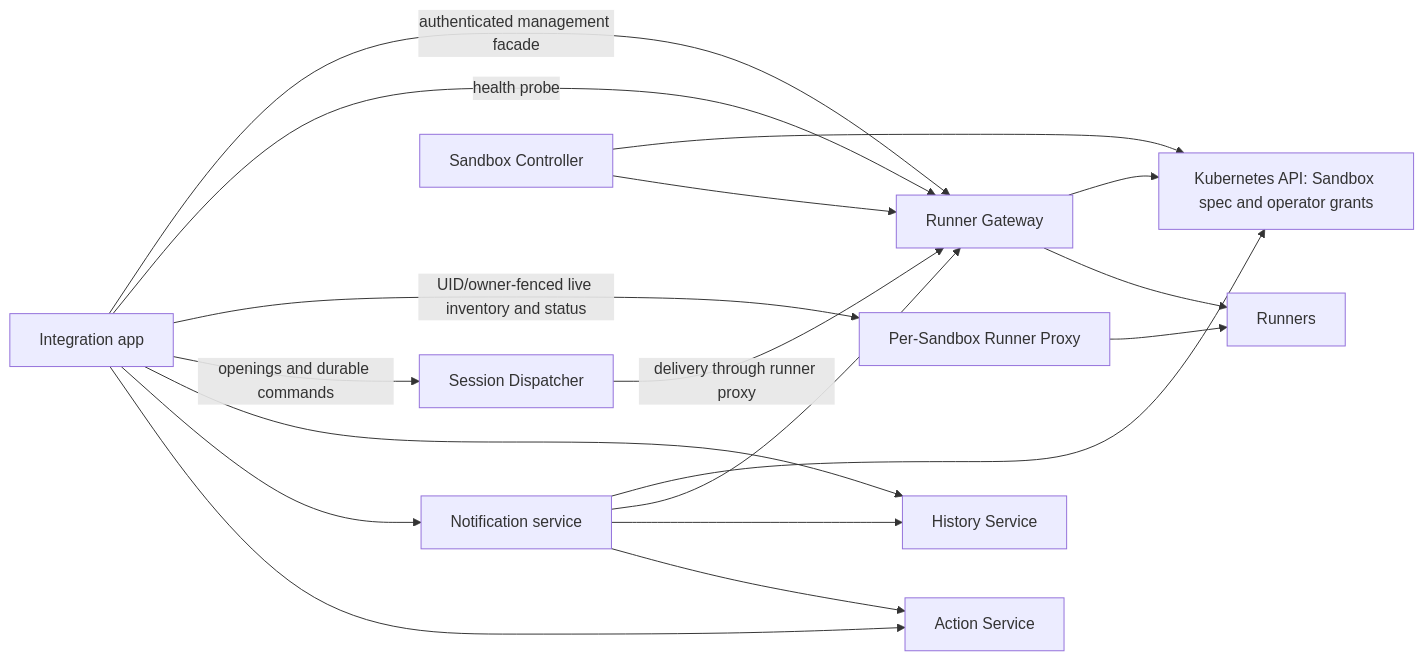
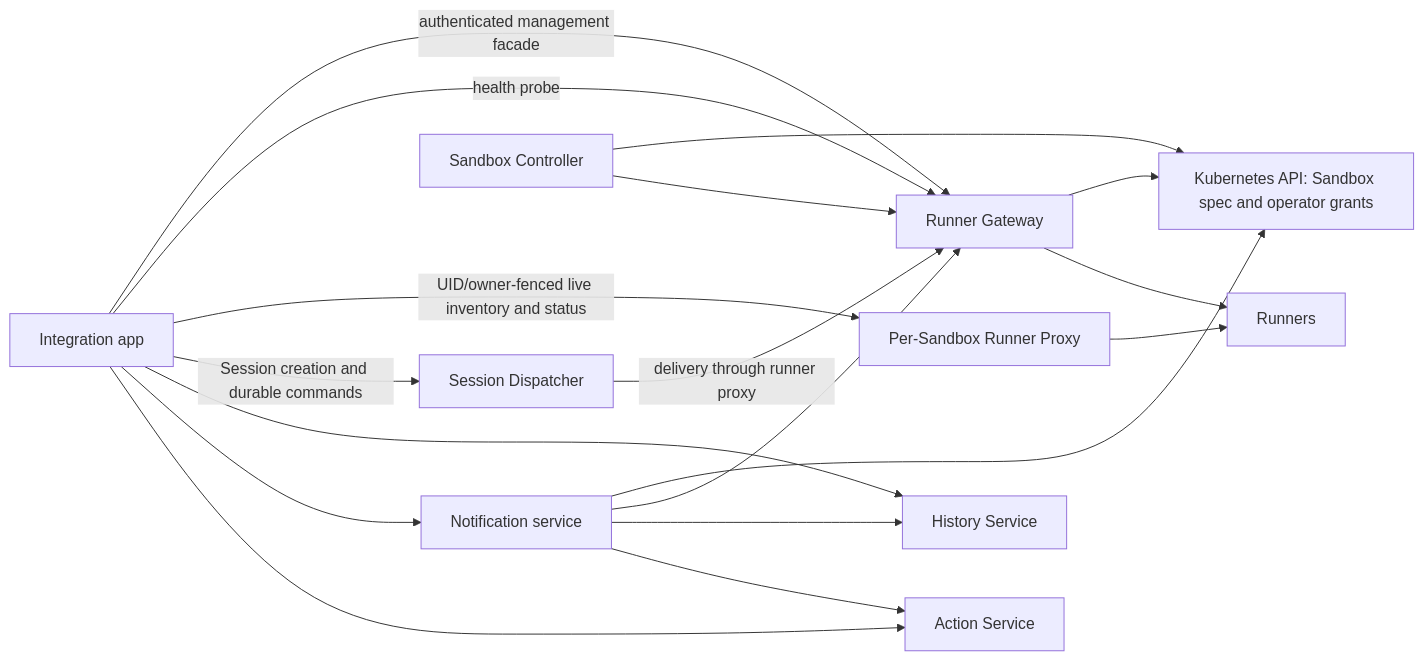
The diagram in agentplane/docs/service_boundaries.md (agentydragon/ducktape), drawn with Mermaid before and after one commit. The commit also changed other lines of this file and 195 other files, not shown here.

````diff
--- a/agentplane/docs/service_boundaries.md
+++ b/agentplane/docs/service_boundaries.md
@@ -14,20 +14,20 @@
 ```mermaid
 flowchart LR
     App[Integration app] -->|authenticated management facade| Gateway[Runner Gateway]
     Gateway --> Kubernetes[Kubernetes API: Sandbox spec and operator grants]
     App -->|health probe| Gateway
     App -->|UID/owner-fenced live inventory and status| Proxy[Per-Sandbox Runner Proxy]
-    App -->|openings and durable commands| Dispatcher[Session Dispatcher]
+    App -->|Session creation and durable commands| Dispatcher[Session Dispatcher]
     Dispatcher -->|delivery through runner proxy| Gateway
     App --> History[History Service]
     App --> Notifications[Notification service]
     App --> Actions[Action Service]
     Notifications --> Kubernetes
     Notifications --> Gateway
     Notifications --> History
     Notifications --> Actions
     Controller[Sandbox Controller] --> Kubernetes
     Controller --> Gateway
     Gateway --> Runners[Runners]
     Proxy --> Runners
 ```
````
